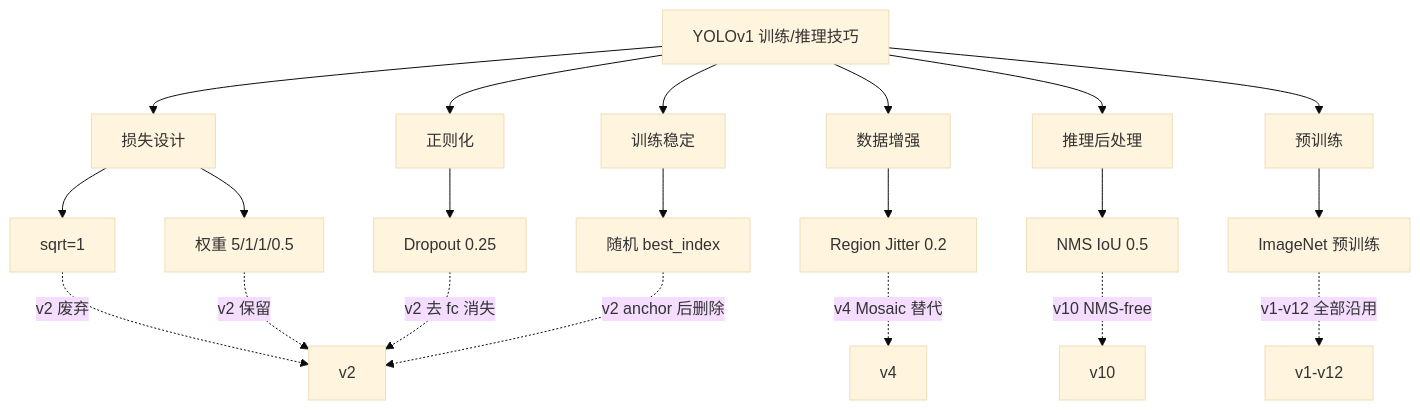
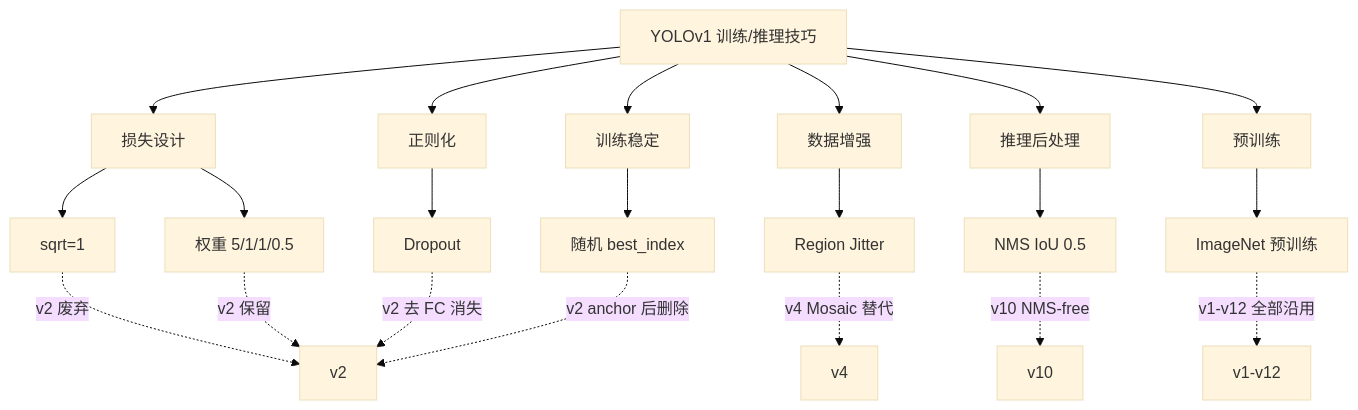
The eighth of 8 diagrams in docs/versions/v1/tricks.md (yejinlei/agent-yolo), drawn with Mermaid (base theme) before and after one commit. The commit also changed other lines of this file and 6 other files, not shown here.

Commit message:
docs(v1): 为论文精读补充原理图、白话解释与源码对应

````diff
--- a/docs/versions/v1/tricks.md
+++ b/docs/versions/v1/tricks.md
@@ -176,33 +323,22 @@
 ```mermaid
 flowchart TB
-  ROOT[YOLOv1 训练/推理技巧]
-  LOSS[损失设计]
-  AUG[数据增强]
-  REG[正则化]
-  INF[推理后处理]
-  PRE[预训练]
-  TRAIN[训练稳定]
+    ROOT[YOLOv1 训练/推理技巧]
+    LOSS[损失设计] & AUG[数据增强] & REG[正则化] & INF[推理后处理] & PRE[预训练] & STABLE[训练稳定]
+    ROOT --> LOSS & AUG & REG & INF & PRE & STABLE
 
-  ROOT --> LOSS
-  ROOT --> AUG
-  ROOT --> REG
-  ROOT --> INF
-  ROOT --> PRE
-  ROOT --> TRAIN
+    LOSS --> SQ[sqrt=1]
+    LOSS --> WL[权重 5/1/1/0.5]
+    AUG --> RJ[Region Jitter]
+    REG --> DP[Dropout]
+    INF --> NMS[NMS IoU 0.5]
+    PRE --> IM[ImageNet 预训练]
+    STABLE --> RB[随机 best_index]
 
-  LOSS --> SQ[sqrt=1]
-  LOSS --> WL[权重 5/1/1/0.5]
-  AUG --> RJ[Region Jitter 0.2]
-  REG --> DP[Dropout 0.25]
-  INF --> NMS[NMS IoU 0.5]
-  PRE --> IM[ImageNet 预训练]
-  TRAIN --> RB[随机 best_index]
-
-  SQ -.v2 废弃.-> V2[v2]
-  WL -.v2 保留.-> V2
-  RJ -.v4 Mosaic 替代.-> V4[v4]
-  DP -.v2 去 fc 消失.-> V2
-  NMS -.v10 NMS-free.-> V10[v10]
-  IM -.v1-v12 全部沿用.-> ALL[v1-v12]
-  RB -.v2 anchor 后删除.-> V2
+    SQ -.v2 废弃.-> V2[v2]
+    WL -.v2 保留.-> V2
+    RJ -.v4 Mosaic 替代.-> V4[v4]
+    DP -.v2 去 FC 消失.-> V2
+    NMS -.v10 NMS-free.-> V10[v10]
+    IM -.v1-v12 全部沿用.-> ALL[v1-v12]
+    RB -.v2 anchor 后删除.-> V2
 ```
````
